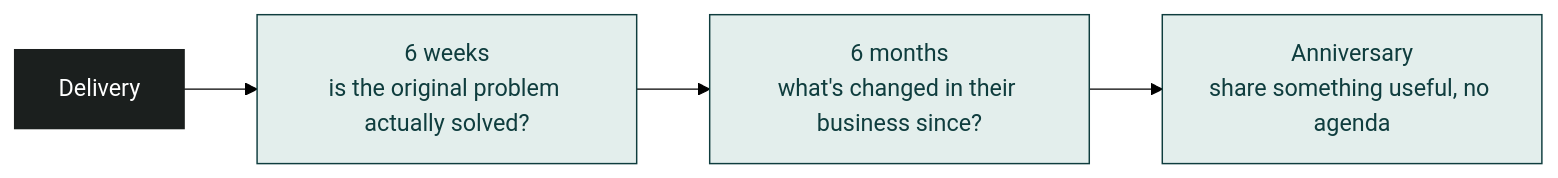
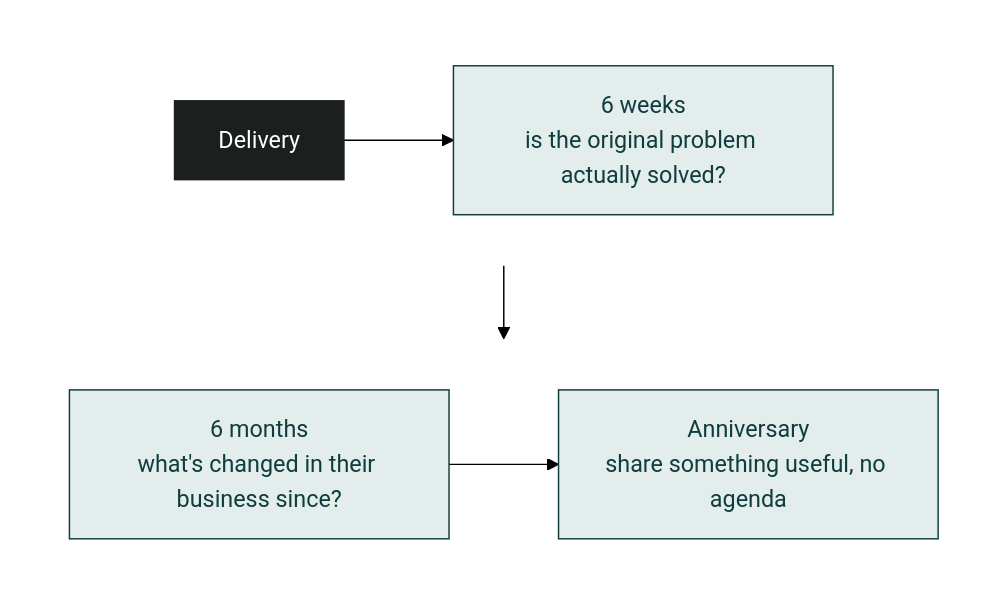
One commit to bcode73/samsec-sales-skill changed the diagram in Sales-Blueprint/visuals/diagrams/figure-10.1-follow-up-timeline.mmd. Above: the diagram before and after it, drawn with Mermaid (forest theme). The commit also changed 6 other files, not shown here.

First line of the commit message:
Fix diagram proportions: 7 diagrams were rendering as flat ribbons

```diff
--- a/Sales-Blueprint/visuals/diagrams/figure-10.1-follow-up-timeline.mmd
+++ b/Sales-Blueprint/visuals/diagrams/figure-10.1-follow-up-timeline.mmd
@@ -1,13 +1,21 @@
 %% Figure 10.1: The Follow-up Timeline
 %% Placement: manuscript/part-02-blueprint-framework/module-10-nurture-relationships.md
 %% Caption: Figure 10.1: a handful of deliberate touchpoints, each with its own honest purpose. None of them exists to sell something.
-flowchart LR
-    D["Delivery"] --> W6["6 weeks\nis the original problem actually solved?"]
-    W6 --> M6["6 months\nwhat's changed in their business since?"]
-    M6 --> ANN["Anniversary\nshare something useful, no agenda"]
+flowchart TD
+    subgraph Row1 [" "]
+        direction LR
+        D["Delivery"] --> W6["6 weeks\nis the original problem actually solved?"]
+    end
+    subgraph Row2 [" "]
+        direction LR
+        M6["6 months\nwhat's changed in their business since?"] --> ANN["Anniversary\nshare something useful, no agenda"]
+    end
+    W6 --> M6
 
     classDef point fill:#E3EEEC,stroke:#0F3D3E,color:#0F3D3E;
     classDef start fill:#1B1F1E,stroke:#1B1F1E,color:#FFFFFF;
 
     class D start;
     class W6,M6,ANN point;
+    style Row1 fill:transparent,stroke:transparent
+    style Row2 fill:transparent,stroke:transparent
```
